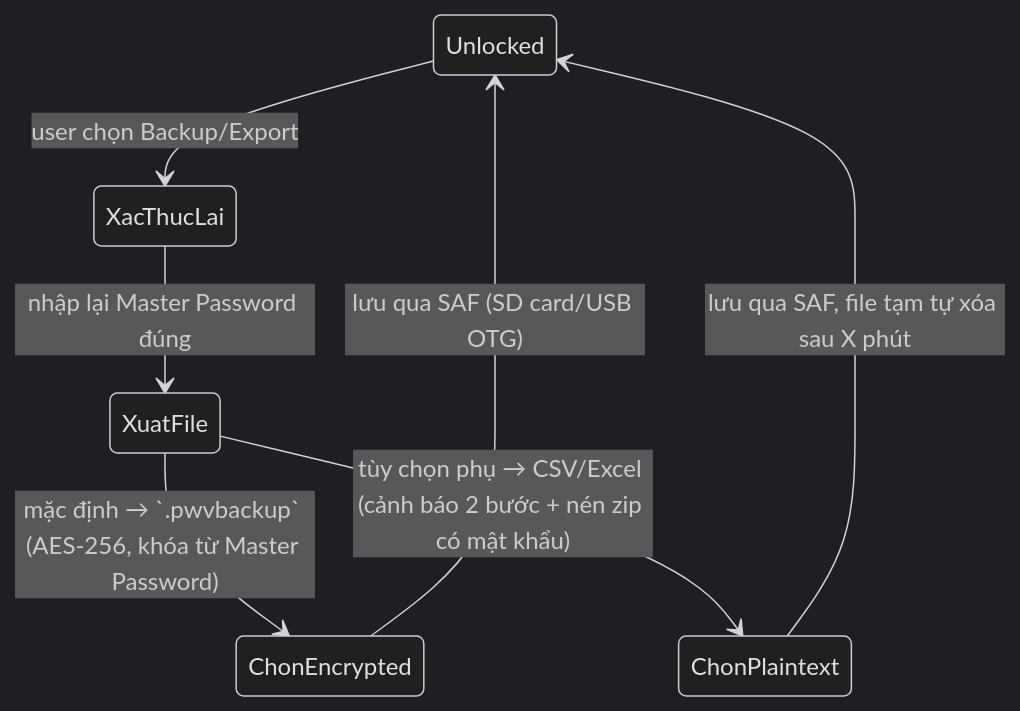
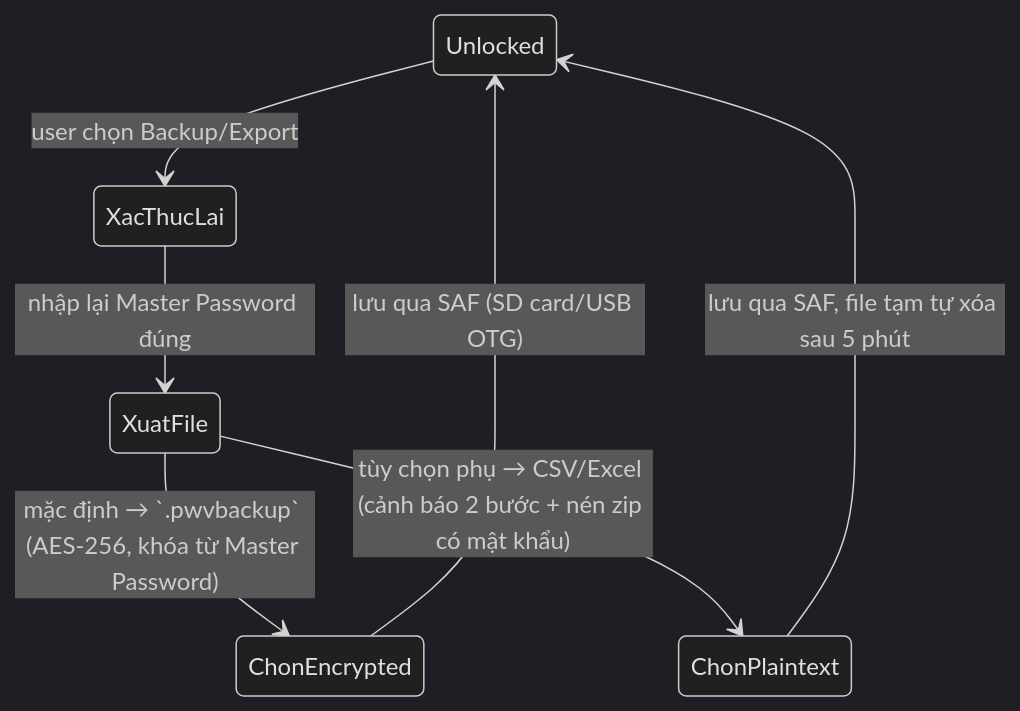
The fourth of 4 diagrams in docs/flow.md (danhbuidcn/password-vault-android), drawn with Mermaid (dark theme) before and after one commit. The commit also changed other lines of this file and 10 other files, not shown here.

````diff
--- a/docs/flow.md
+++ b/docs/flow.md
@@ -83,9 +100,9 @@
 ```mermaid
 stateDiagram-v2
     Unlocked --> XacThucLai: user chọn Backup/Export
     XacThucLai --> XuatFile: nhập lại Master Password đúng
     XuatFile --> ChonEncrypted: mặc định → `.pwvbackup` (AES-256, khóa từ Master Password)
     XuatFile --> ChonPlaintext: tùy chọn phụ → CSV/Excel (cảnh báo 2 bước + nén zip có mật khẩu)
     ChonEncrypted --> Unlocked: lưu qua SAF (SD card/USB OTG)
-    ChonPlaintext --> Unlocked: lưu qua SAF, file tạm tự xóa sau X phút
+    ChonPlaintext --> Unlocked: lưu qua SAF, file tạm tự xóa sau 5 phút
 ```
````
